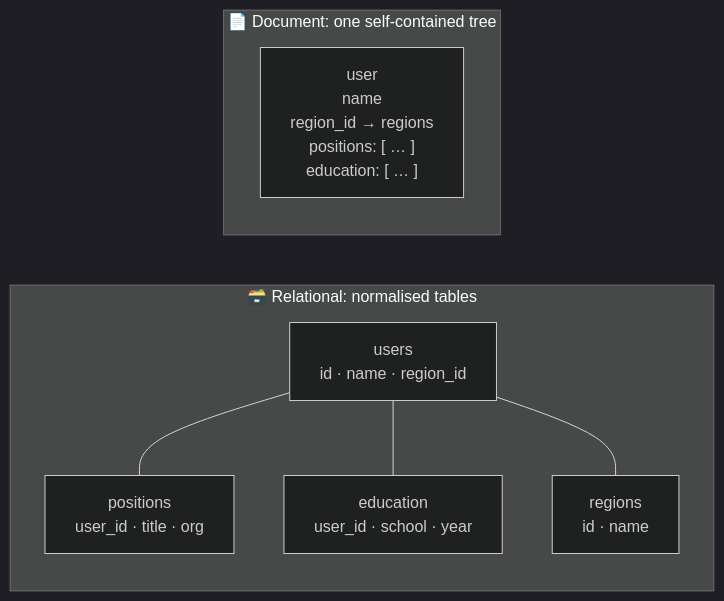
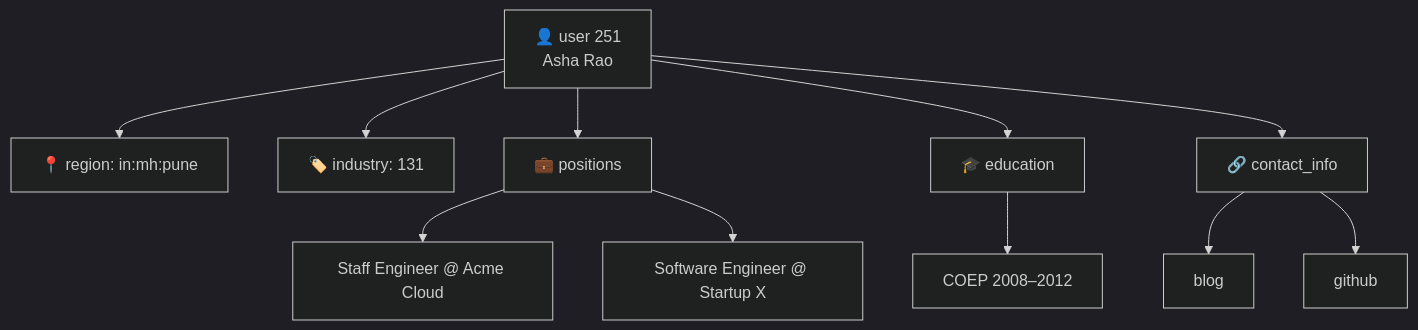
One commit to pratikguru998/ddia-book changed the second of 10 diagrams in docs/chapters/part-1/02-data-models.mdx. Above: the diagram before and after it, drawn with Mermaid (dark theme). The commit also changed other lines of this file and 13 other files, not shown here.

Commit message:
Expand all 12 chapters: every book subsection, deeper notes, ~320 diagrams

````diff
--- a/docs/chapters/part-1/02-data-models.mdx
+++ b/docs/chapters/part-1/02-data-models.mdx
@@ -22,17 +105,13 @@
 ```mermaid
-flowchart LR
-  subgraph REL["🗃️ Relational: normalised tables"]
-    direction TB
-    U["users<br/>id · name · region_id"]
-    P["positions<br/>user_id · title · org"]
-    E["education<br/>user_id · school · year"]
-    R["regions<br/>id · name"]
-    U --- P
-    U --- E
-    U --- R
-  end
-  subgraph DOC["📄 Document: one self-contained tree"]
-    direction TB
-    D["user<br/>name<br/>region_id → regions<br/>positions: [ … ]<br/>education: [ … ]"]
-  end
+flowchart TB
+  U["👤 user 251<br/>Asha Rao"] --> R["📍 region: in:mh:pune"]
+  U --> I["🏷️ industry: 131"]
+  U --> P["💼 positions"]
+  P --> P1["Staff Engineer @ Acme Cloud"]
+  P --> P2["Software Engineer @ Startup X"]
+  U --> E["🎓 education"]
+  E --> E1["COEP 2008–2012"]
+  U --> C["🔗 contact_info"]
+  C --> C1["blog"]
+  C --> C2["github"]
 ```
````
